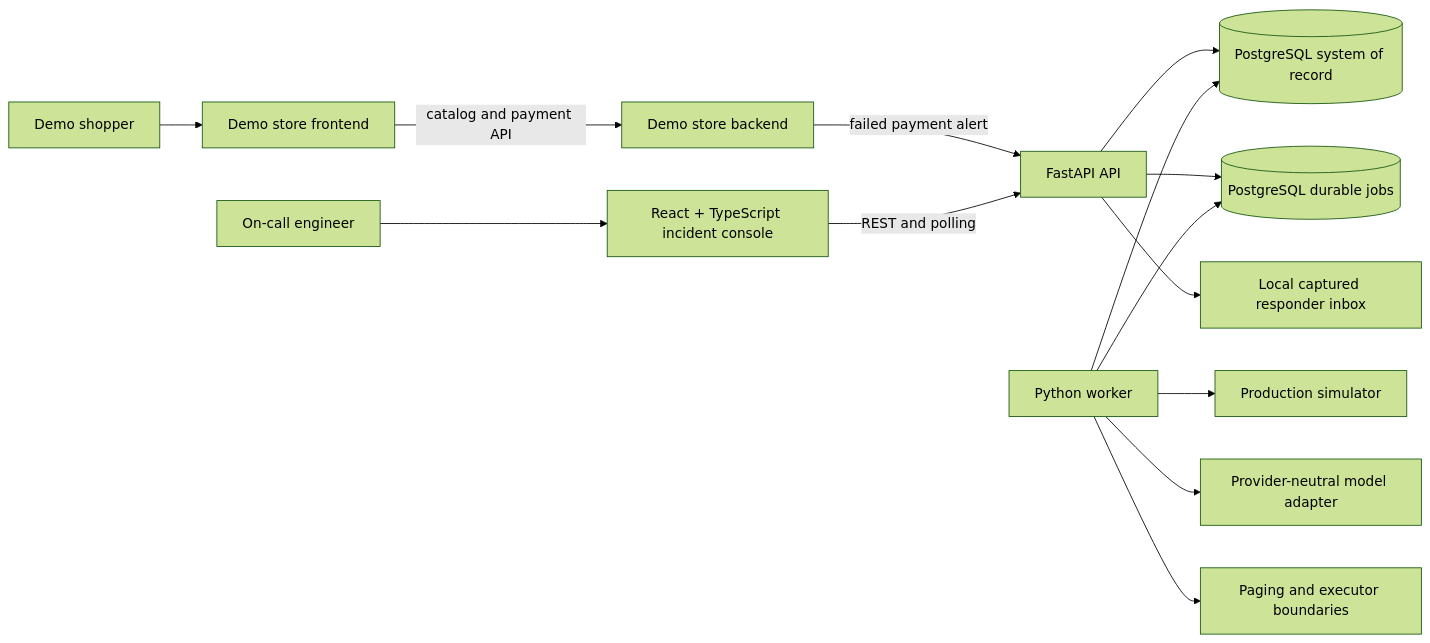
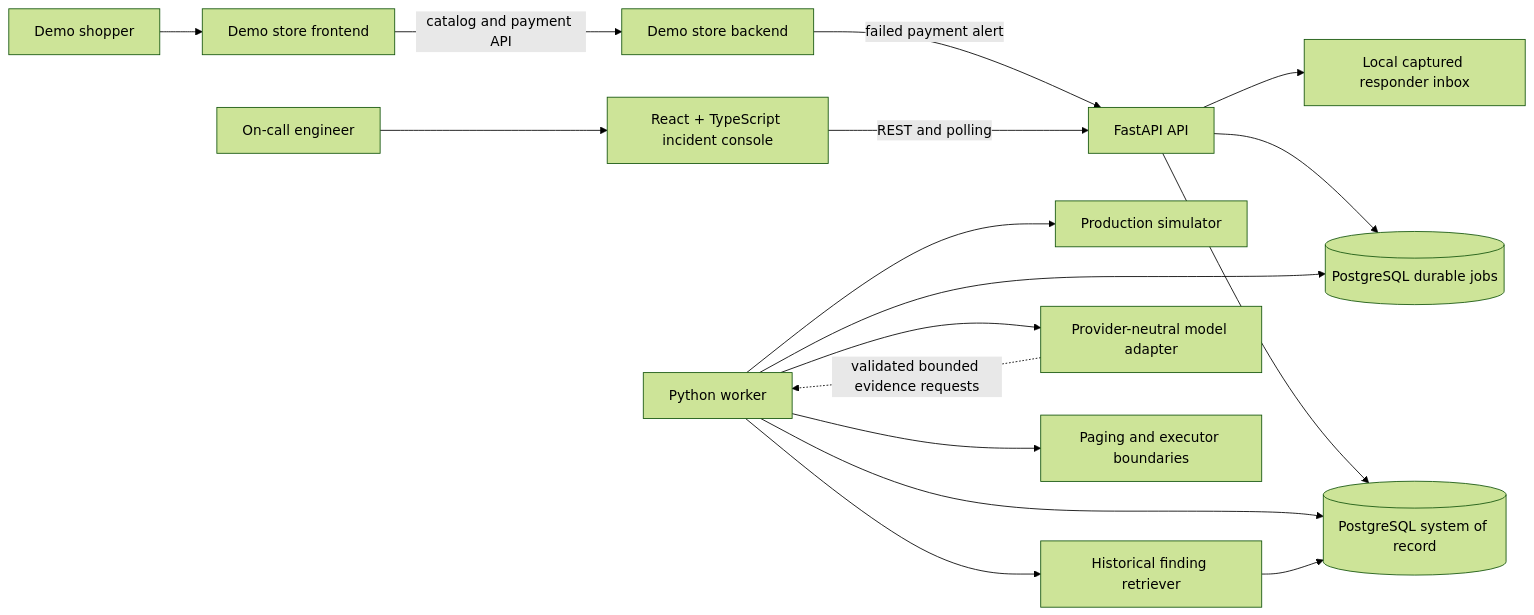
The diagram in _plan_docs/_hld_docs/00-system-architecture.md (safayavatsal/hero-vired-assignment), drawn with Mermaid (forest theme) before and after one commit. The commit also changed other lines of this file and 12 other files, not shown here.

Commit message:
Update architecture and local verification records

````diff
--- a/_plan_docs/_hld_docs/00-system-architecture.md
+++ b/_plan_docs/_hld_docs/00-system-architecture.md
@@ -7,16 +7,19 @@
 ```mermaid
 flowchart LR
     Shopper[Demo shopper] --> Storefront[Demo store frontend]
     Storefront -->|catalog and payment API| StoreAPI[Demo store backend]
     StoreAPI -->|failed payment alert| API
     Responder[On-call engineer] --> UI[React + TypeScript incident console]
     UI -->|REST and polling| API[FastAPI API]
     API --> Store[(PostgreSQL system of record)]
     API --> Jobs[(PostgreSQL durable jobs)]
     Worker[Python worker] --> Jobs
     Worker --> Store
     Worker --> Simulator[Production simulator]
+    Worker --> Retrieval[Historical finding retriever]
+    Retrieval --> Store
     Worker --> Model[Provider-neutral model adapter]
+    Model -.->|validated bounded evidence requests| Worker
     Worker --> Pager[Paging and executor boundaries]
     API --> Inbox[Local captured responder inbox]
 ```
````
